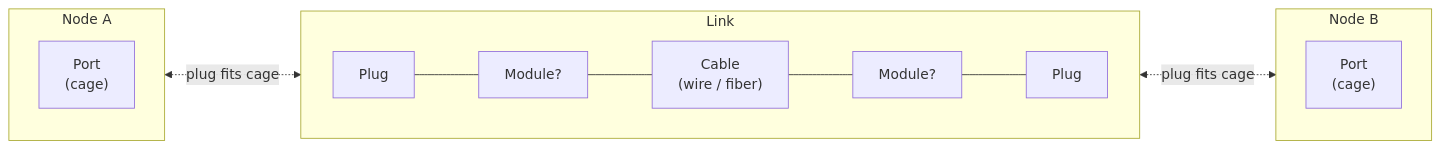
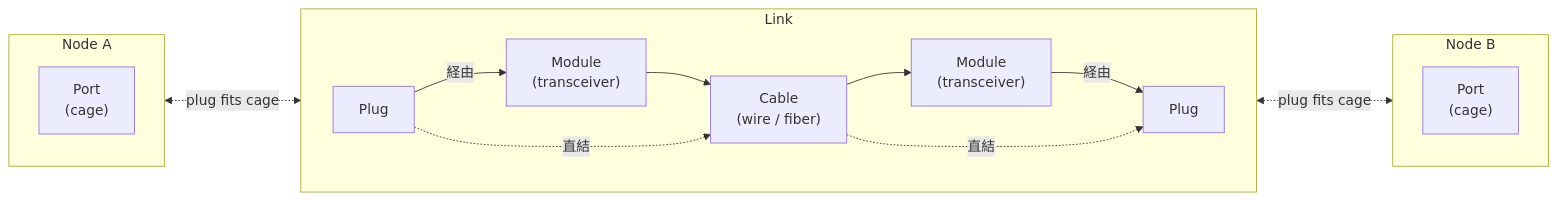
Before and after one commit to konoe-akitoshi/shumoku: the first of 3 diagrams in apps/editor/docs/connection-model.md, drawn with Mermaid. The commit also changed other lines of this file, not shown here.

Commit message:
docs(connection-model): split Plug→Cable into two-path branching
Each end has two physical paths from Plug to Cable:
- 経由 (solid): Plug → Module → Cable, for SFP/SFP+/SFP28/QSFP/etc.
  pluggable form factors.
- 直結 (dashed): Plug → Cable, for RJ45 direct copper, DAC, AOC, and
  other integrated assemblies where no separate transceiver exists.

Drawing both arcs makes the optionality of Module obvious — Module
sits on the pluggable branch only.

````diff
--- a/apps/editor/docs/connection-model.md
+++ b/apps/editor/docs/connection-model.md
@@ -17,20 +17,29 @@
 ```mermaid
 flowchart LR
   subgraph A[Node A]
     direction TB
     PA["Port<br/>(cage)"]
   end
 
   subgraph L[Link]
     direction LR
-    PlA["Plug"] --- MA["Module?"] --- C["Cable<br/>(wire / fiber)"] --- MB["Module?"] --- PlB["Plug"]
+    PlA["Plug"]
+    MA["Module<br/>(transceiver)"]
+    C["Cable<br/>(wire / fiber)"]
+    MB["Module<br/>(transceiver)"]
+    PlB["Plug"]
+
+    PlA -- 経由 --> MA --> C
+    PlA -. 直結 .-> C
+    C --> MB -- 経由 --> PlB
+    C -. 直結 .-> PlB
   end
 
   subgraph B[Node B]
     direction TB
     PB["Port<br/>(cage)"]
   end
 
   PA <-. plug fits cage .-> PlA
   PlB <-. plug fits cage .-> PB
 ```
````
